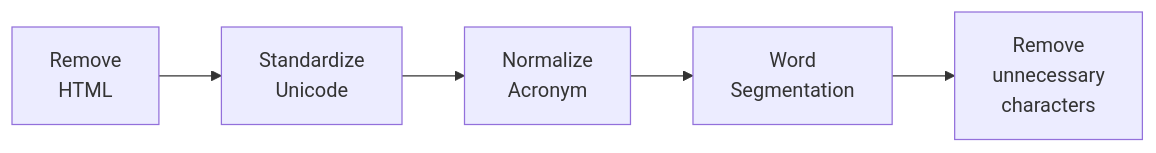
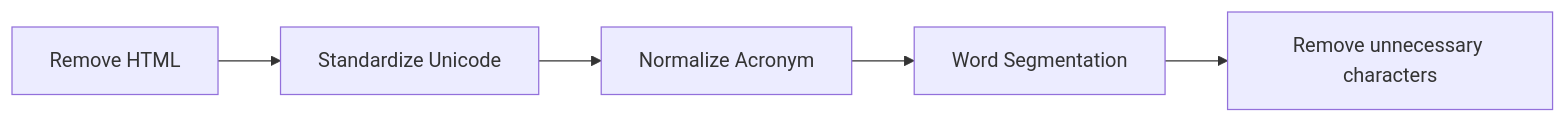
Before and after one commit to Savoxism/ABSA-Vietnamese: the diagram in README.md, drawn with Mermaid.

````diff
--- a/README.md
+++ b/README.md
@@ -18,4 +18,4 @@
 ```mermaid 
 flowchart LR
-A[Remove\nHTML] --> B[Standardize\nUnicode] --> C[Normalize\nAcronym] --> D[Word\nSegmentation] --> E[Remove\nunnecessary\ncharacters]
+A[Remove HTML] --> B[Standardize Unicode] --> C[Normalize Acronym] --> D[Word Segmentation] --> E[Remove unnecessary characters]
 ```
````
